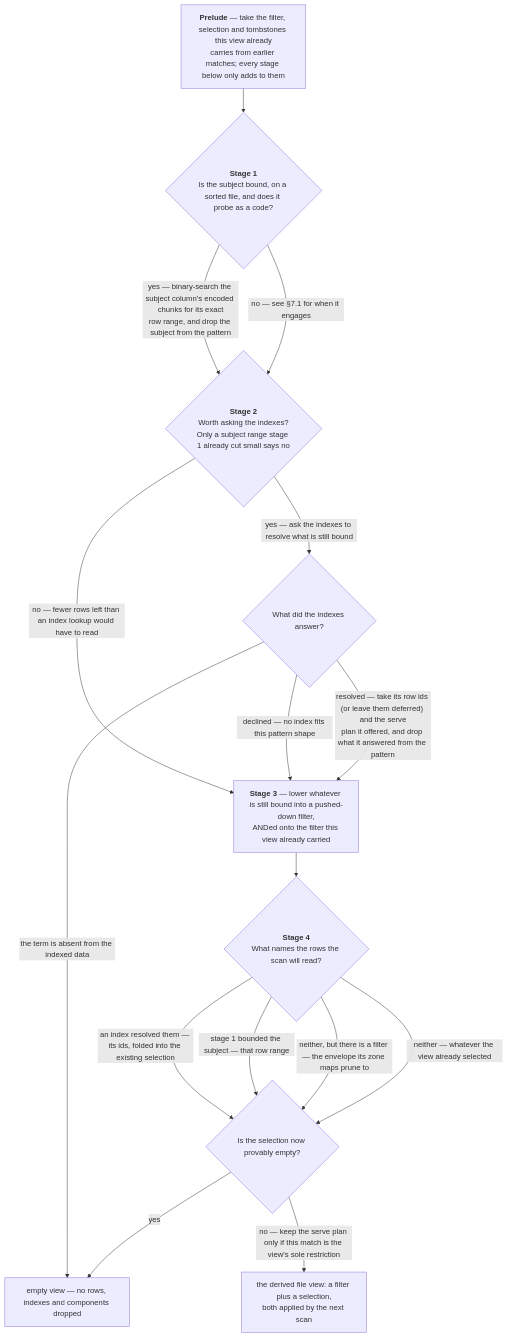
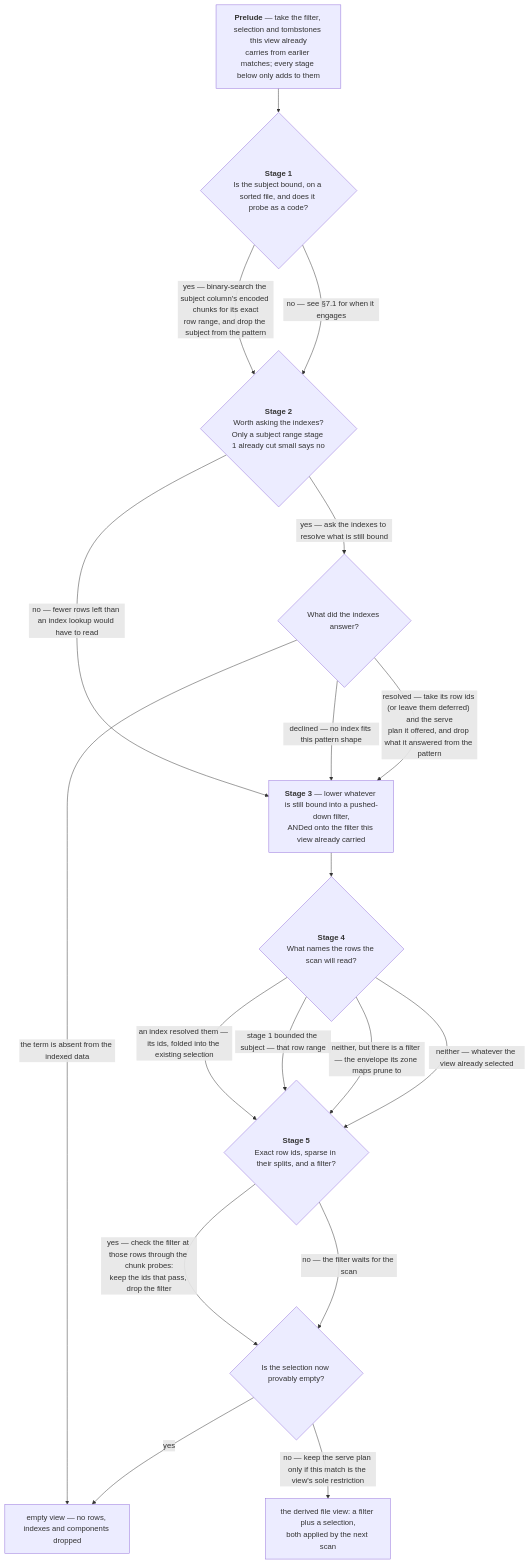
Before and after one commit to vortex-rdf/vortex-rdf: the fourth of 5 diagrams in docs/matching.md, drawn with Mermaid. The commit also changed other lines of this file and 6 other files, not shown here.

First line of the commit message:
perf(core): check a file match's filter at sparse ids by point reads

````diff
--- a/docs/matching.md
+++ b/docs/matching.md
@@ -483,31 +483,35 @@
 ```mermaid
 flowchart TD
     F0["<b>Prelude</b> — take the filter, selection and tombstones this view already<br/>carries from earlier matches; every stage below only adds to them"] --> F1
 
     F1{"<b>Stage 1</b><br/>Is the subject bound, on a sorted file, and does it probe as a code?"}
     F1 -- "yes — binary-search the subject column's encoded chunks for its exact<br/>row range, and drop the subject from the pattern" --> F2
     F1 -- "no — see §7.1 for when it engages" --> F2
 
     F2{"<b>Stage 2</b><br/>Worth asking the indexes?<br/>Only a subject range stage 1 already cut small says no"}
     F2 -- "no — fewer rows left than an index lookup would have to read" --> F3
     F2 -- "yes — ask the indexes to resolve what is still bound" --> F2r
 
     F2r{"What did the indexes answer?"}
     F2r -- "the term is absent from the indexed data" --> X
     F2r -- "declined — no index fits this pattern shape" --> F3
     F2r -- "resolved — take its row ids (or leave them deferred) and the serve<br/>plan it offered, and drop what it answered from the pattern" --> F3
 
     F3["<b>Stage 3</b> — lower whatever is still bound into a pushed-down filter,<br/>ANDed onto the filter this view already carried"] --> F4
 
     F4{"<b>Stage 4</b><br/>What names the rows the scan will read?"}
-    F4 -- "an index resolved them — its ids, folded into the existing selection" --> F5
-    F4 -- "stage 1 bounded the subject — that row range" --> F5
-    F4 -- "neither, but there is a filter — the envelope its zone maps prune to" --> F5
-    F4 -- "neither — whatever the view already selected" --> F5
+    F4 -- "an index resolved them — its ids, folded into the existing selection" --> F4b
+    F4 -- "stage 1 bounded the subject — that row range" --> F4b
+    F4 -- "neither, but there is a filter — the envelope its zone maps prune to" --> F4b
+    F4 -- "neither — whatever the view already selected" --> F4b
+
+    F4b{"<b>Stage 5</b><br/>Exact row ids, sparse in their splits, and a filter?"}
+    F4b -- "yes — check the filter at those rows through the chunk probes:<br/>keep the ids that pass, drop the filter" --> F5
+    F4b -- "no — the filter waits for the scan" --> F5
 
     F5{"Is the selection now provably empty?"}
     F5 -- yes --> X
     F5 -- "no — keep the serve plan only if this match is the view's sole restriction" --> F6["the derived file view: a filter plus a selection,<br/>both applied by the next scan"]
 
     X["empty view — no rows, indexes and components dropped"]
 ```
````
